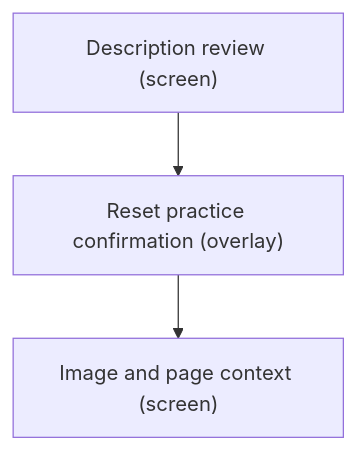
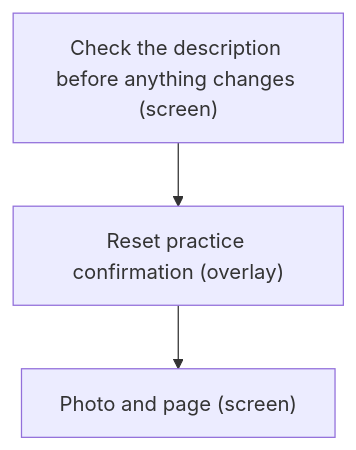
Before and after one commit to darce/context-alt-text-monorepo: the fifth of 6 diagrams in apps/prototype-wp-alt-context/docs/ux-maps/guided-prototype.md, drawn with Mermaid. The commit also changed other lines of this file and 1 other file, not shown here.

````diff
--- a/apps/prototype-wp-alt-context/docs/ux-maps/guided-prototype.md
+++ b/apps/prototype-wp-alt-context/docs/ux-maps/guided-prototype.md
@@ -268,9 +316,9 @@
 ```mermaid
 flowchart TD
   %% flow: Cancel or confirm reset safely job=recover
-  n_draft["Description review (screen)"]
+  n_draft["Check the description before anything changes (screen)"]
   n_reset["Reset practice confirmation (overlay)"]
   n_draft --> n_reset
-  n_evidence["Image and page context (screen)"]
+  n_evidence["Photo and page (screen)"]
   n_reset --> n_evidence
 ```
````
